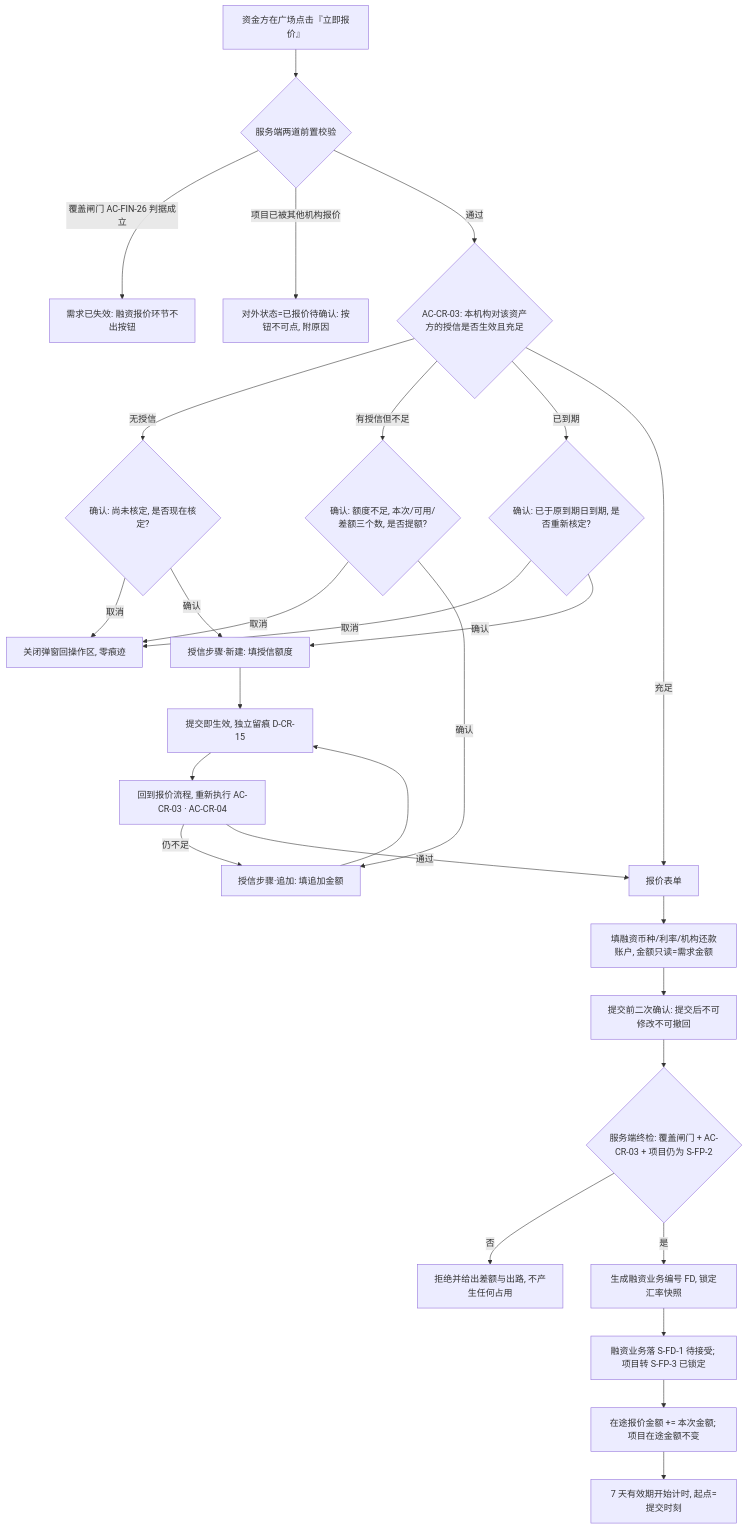
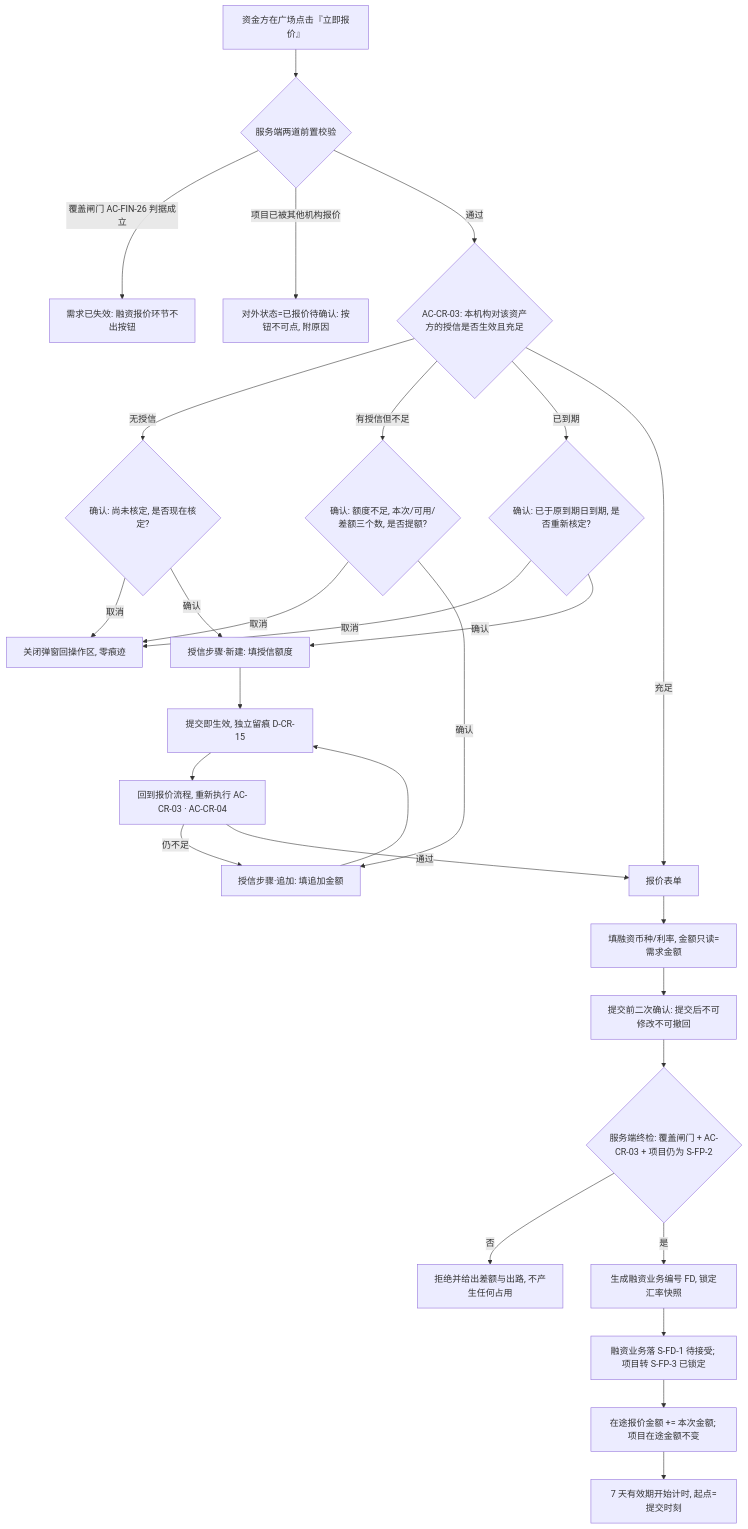
One commit to wxblockchain/Chain-Financing changed the first of 3 diagrams in financial-service-platform/prd/v1.0-借贷广场-授信报价与接受拒绝/v1.0-借贷广场-授信报价与接受拒绝-PRD.md. Above: the diagram before and after it, drawn with Mermaid. The commit also changed other lines of this file and 7 other files, not shown here.

````diff
--- a/financial-service-platform/prd/v1.0-借贷广场-授信报价与接受拒绝/v1.0-借贷广场-授信报价与接受拒绝-PRD.md
+++ b/financial-service-platform/prd/v1.0-借贷广场-授信报价与接受拒绝/v1.0-借贷广场-授信报价与接受拒绝-PRD.md
@@ -149,30 +149,30 @@
 ```mermaid
 flowchart TD
   A[资金方在广场点击『立即报价』] --> B{服务端两道前置校验}
   B -- 覆盖闸门 AC-FIN-26 判据成立 --> C[需求已失效: 融资报价环节不出按钮]
   B -- 项目已被其他机构报价 --> D[对外状态=已报价待确认: 按钮不可点, 附原因]
   B -- 通过 --> E{AC-CR-03: 本机构对该资产方的授信是否生效且充足}
   E -- 无授信 --> C1{确认: 尚未核定, 是否现在核定?}
   E -- 有授信但不足 --> C2{确认: 额度不足, 本次/可用/差额三个数, 是否提额?}
   E -- 已到期 --> C3{确认: 已于原到期日到期, 是否重新核定?}
   E -- 充足 --> J[报价表单]
   C1 -- 取消 --> Z[关闭弹窗回操作区, 零痕迹]
   C2 -- 取消 --> Z
   C3 -- 取消 --> Z
   C1 -- 确认 --> F[授信步骤·新建: 填授信额度]
   C2 -- 确认 --> G[授信步骤·追加: 填追加金额]
   C3 -- 确认 --> F
   F --> H[提交即生效, 独立留痕 D-CR-15]
   G --> H
   H --> I[回到报价流程, 重新执行 AC-CR-03 · AC-CR-04]
   I -- 仍不足 --> G
   I -- 通过 --> J
-  J --> K[填融资币种/利率/机构还款账户, 金额只读=需求金额]
+  J --> K[填融资币种/利率, 金额只读=需求金额]
   K --> L[提交前二次确认: 提交后不可修改不可撤回]
   L --> M{服务端终检: 覆盖闸门 + AC-CR-03 + 项目仍为 S-FP-2}
   M -- 否 --> N[拒绝并给出差额与出路, 不产生任何占用]
   M -- 是 --> O[生成融资业务编号 FD, 锁定汇率快照]
   O --> P[融资业务落 S-FD-1 待接受; 项目转 S-FP-3 已锁定]
   P --> Q[在途报价金额 += 本次金额; 项目在途金额不变]
   Q --> R[7 天有效期开始计时, 起点=提交时刻]
 ```
````
